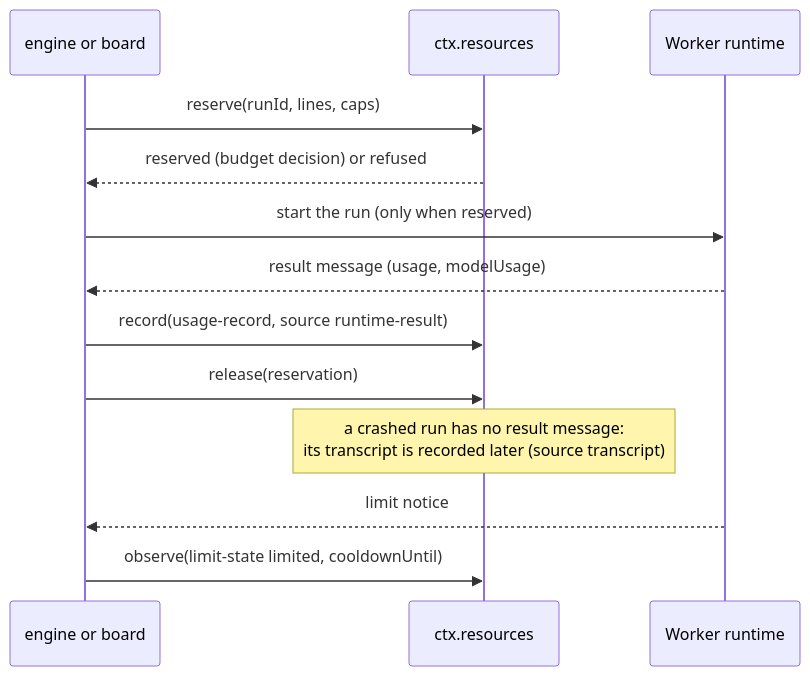
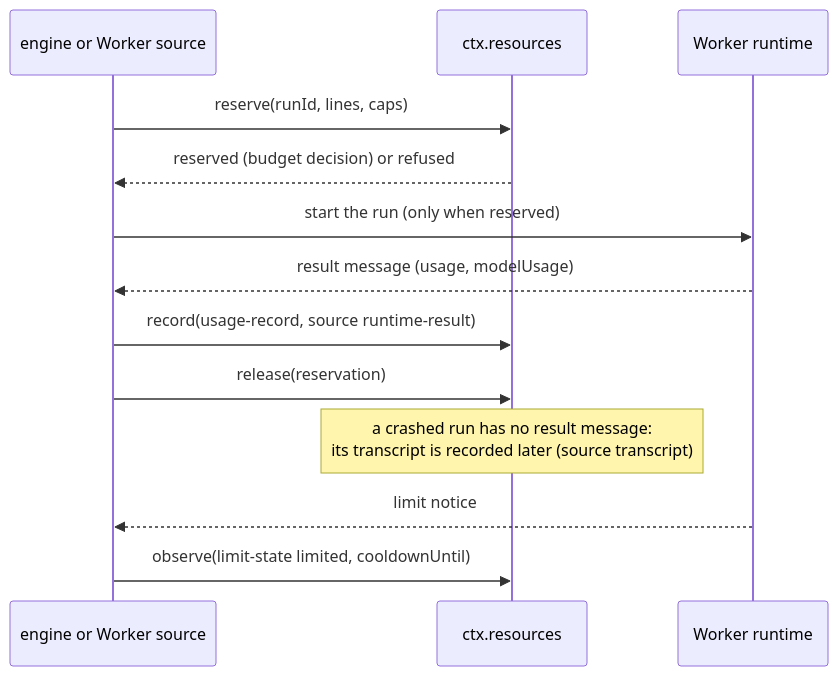
One commit to tsuuanmi/system changed the first of 2 diagrams in docs/design/resources.md. Above: the diagram before and after it, drawn with Mermaid. The commit also changed other lines of this file and 19 other files, not shown here.

````diff
--- a/docs/design/resources.md
+++ b/docs/design/resources.md
@@ -47,15 +47,15 @@
 ```mermaid
 sequenceDiagram
-  participant E as engine or board
+  participant E as engine or Worker source
   participant R as ctx.resources
   participant W as Worker runtime
   E->>R: reserve(runId, lines, caps)
   R-->>E: reserved (budget decision) or refused
   E->>W: start the run (only when reserved)
   W-->>E: result message (usage, modelUsage)
   E->>R: record(usage-record, source runtime-result)
   E->>R: release(reservation)
   Note over R: a crashed run has no result message:<br/>its transcript is recorded later (source transcript)
   W-->>E: limit notice
   E->>R: observe(limit-state limited, cooldownUntil)
 ```
````
